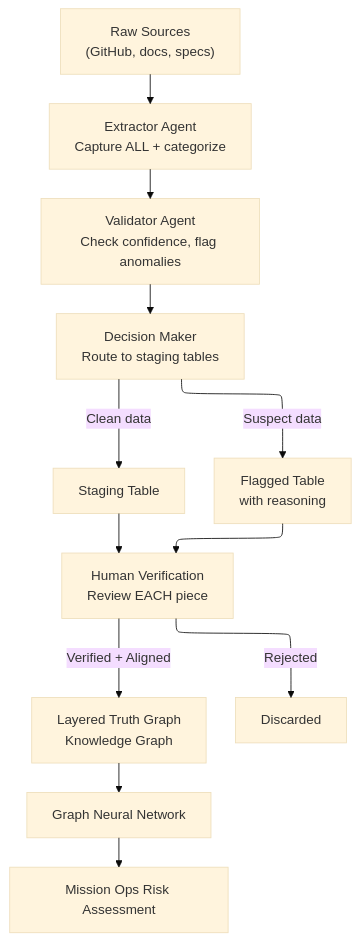
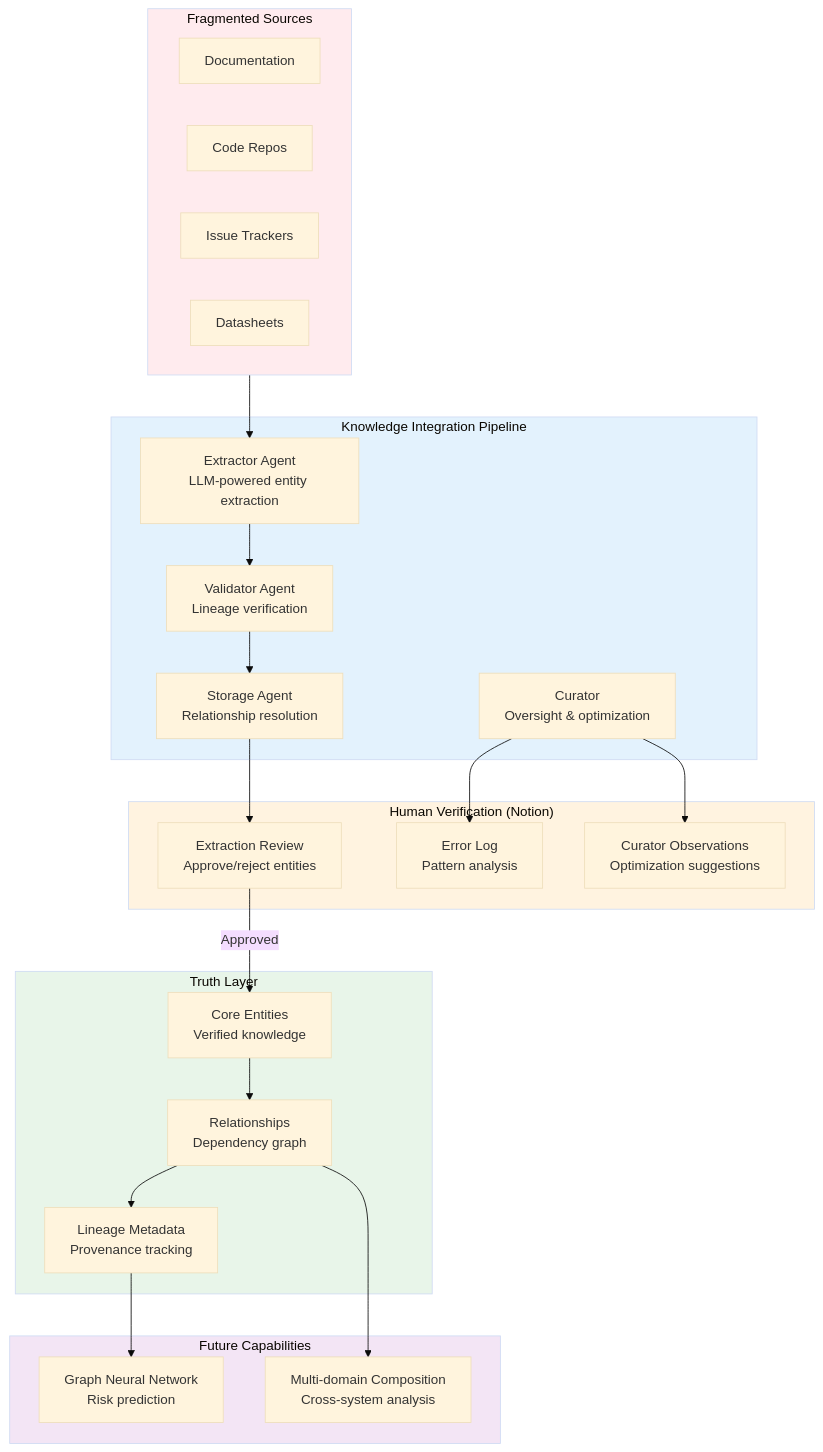
Before and after one commit to Lizo-RoadTown/PROVES_LIBRARY: the diagram in README.md, drawn with Mermaid (base theme). The commit also changed other lines of this file, not shown here.

First line of the commit message:
Rewrite README to reflect meta-problem: knowledge integration at scale

````diff
--- a/README.md
+++ b/README.md
@@ -169,15 +85,51 @@
 ```mermaid
-%%{init: {'flowchart': {'defaultRenderer': 'elk'}}}%%
-flowchart TD
-  A["Raw Sources<br/>(GitHub, docs, specs)"] --> B["Extractor Agent<br/>Capture ALL + categorize"]
-  B --> C["Validator Agent<br/>Check confidence, flag anomalies"]
-  C --> D["Decision Maker<br/>Route to staging tables"]
-  D -->|Clean data| E["Staging Table"]
-  D -->|Suspect data| F["Flagged Table<br/>with reasoning"]
-  E --> G["Human Verification<br/>Review EACH piece"]
-  F --> G
-  G -->|Verified + Aligned| H["Layered Truth Graph<br/>Knowledge Graph"]
-  G -->|Rejected| I["Discarded"]
-  H --> J["Graph Neural Network"]
-  J --> K["Mission Ops Risk Assessment"]
+flowchart TB
+  subgraph Sources["Fragmented Sources"]
+    A1[Documentation]
+    A2[Code Repos]
+    A3[Issue Trackers]
+    A4[Datasheets]
+  end
+
+  subgraph Pipeline["Knowledge Integration Pipeline"]
+    B[Extractor Agent<br/>LLM-powered entity extraction]
+    C[Validator Agent<br/>Lineage verification]
+    D[Storage Agent<br/>Relationship resolution]
+    E[Curator<br/>Oversight & optimization]
+  end
+
+  subgraph Review["Human Verification (Notion)"]
+    F[Extraction Review<br/>Approve/reject entities]
+    G[Error Log<br/>Pattern analysis]
+    H[Curator Observations<br/>Optimization suggestions]
+  end
+
+  subgraph Truth["Truth Layer"]
+    I[Core Entities<br/>Verified knowledge]
+    J[Relationships<br/>Dependency graph]
+    K[Lineage Metadata<br/>Provenance tracking]
+  end
+
+  subgraph Future["Future Capabilities"]
+    L[Graph Neural Network<br/>Risk prediction]
+    M[Multi-domain Composition<br/>Cross-system analysis]
+  end
+
+  Sources --> B
+  B --> C
+  C --> D
+  D --> F
+  E --> G
+  E --> H
+  F -->|Approved| I
+  I --> J
+  J --> K
+  K --> L
+  J --> M
+
+  style Sources fill:#ffebee
+  style Pipeline fill:#e3f2fd
+  style Review fill:#fff3e0
+  style Truth fill:#e8f5e9
+  style Future fill:#f3e5f5
 ```
````
